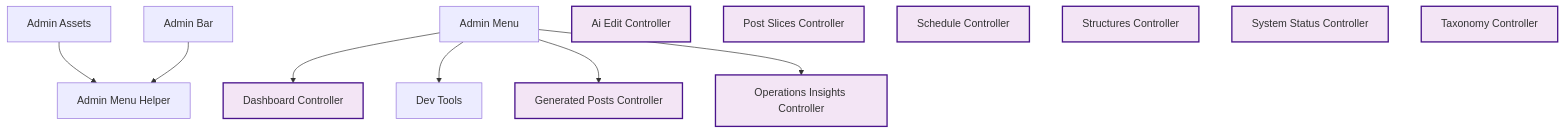
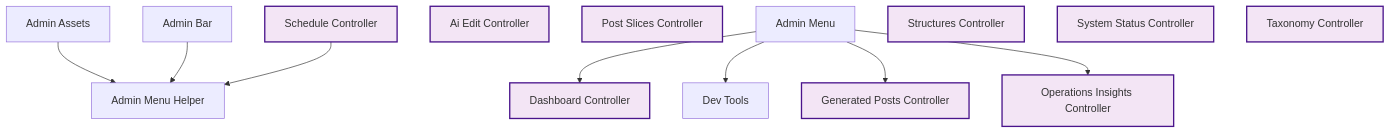
One commit to rpnunez/wp-ai-scheduler changed diagram 13 of 19 in docs/feature-report.md. Above: the diagram before and after it, drawn with Mermaid. The commit also changed other lines of this file and 1 other file, not shown here.

````diff
--- a/docs/feature-report.md
+++ b/docs/feature-report.md
@@ -709,31 +709,32 @@
 ```mermaid
 flowchart TD
     %% User Interface & Admin Architecture
 
     Admin_Assets["Admin Assets"]
     Admin_Bar["Admin Bar"]
     Admin_Menu_Helper["Admin Menu Helper"]
     Admin_Menu["Admin Menu"]
     AI_Edit_Controller["Ai Edit Controller"]
     Dashboard_Controller["Dashboard Controller"]
     Dev_Tools["Dev Tools"]
     Generated_Posts_Controller["Generated Posts Controller"]
     Operations_Insights_Controller["Operations Insights Controller"]
     Post_Slices_Controller["Post Slices Controller"]
     Schedule_Controller["Schedule Controller"]
     Structures_Controller["Structures Controller"]
     System_Status_Controller["System Status Controller"]
     Taxonomy_Controller["Taxonomy Controller"]
 
     Admin_Assets --> Admin_Menu_Helper
     Admin_Bar --> Admin_Menu_Helper
     Admin_Menu --> Dashboard_Controller
     Admin_Menu --> Dev_Tools
     Admin_Menu --> Generated_Posts_Controller
     Admin_Menu --> Operations_Insights_Controller
+    Schedule_Controller --> Admin_Menu_Helper
 
     classDef repository fill:#e1f5ff,stroke:#01579b,stroke-width:2px
     classDef service fill:#fff3e0,stroke:#e65100,stroke-width:2px
     classDef controller fill:#f3e5f5,stroke:#4a148c,stroke-width:2px
     class AI_Edit_Controller,Dashboard_Controller,Generated_Posts_Controller,Operations_Insights_Controller,Post_Slices_Controller,Schedule_Controller,Structures_Controller,System_Status_Controller,Taxonomy_Controller controller
 ```
````
